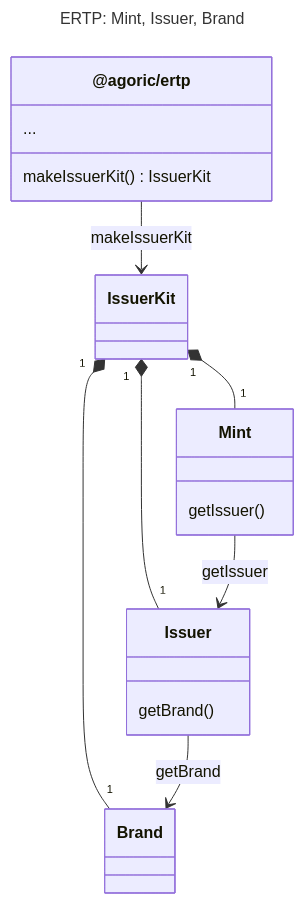
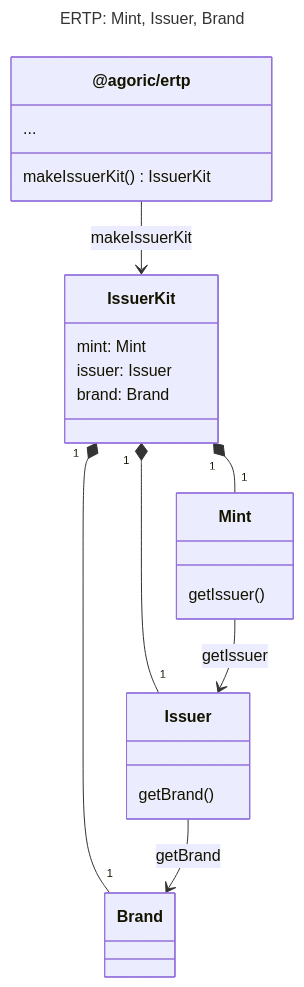
Before and after one commit to Agoric/documentation: the diagram in main/guides/ertp/assets/ertp-interfaces-1.mmd, drawn with Mermaid. The commit also changed 1 other file, not shown here.

Commit message:
docs: show fields of IssuerKit

````diff
--- a/main/guides/ertp/assets/ertp-interfaces-1.mmd
+++ b/main/guides/ertp/assets/ertp-interfaces-1.mmd
@@ -1,25 +1,31 @@
 ---
 title: "ERTP: Mint, Issuer, Brand"
 ---
 classDiagram
    class IssuerKit
    IssuerKit "1" *-- "1" Mint
    IssuerKit "1" *-- "1" Issuer
    IssuerKit "1" *-- "1" Brand
 
   class ertp["@agoric/ertp"] {
    makeIssuerKit() IssuerKit
    ...
   }
   ertp --> IssuerKit : makeIssuerKit
 
+  class IssuerKit {
+    mint: Mint
+    issuer: Issuer
+    brand: Brand
+  }
+
    class Mint {
      getIssuer()
    }
 Mint --> Issuer: getIssuer
    class Issuer {
     getBrand()
    }
    Issuer --> Brand: getBrand
    class Brand
 ```
````
